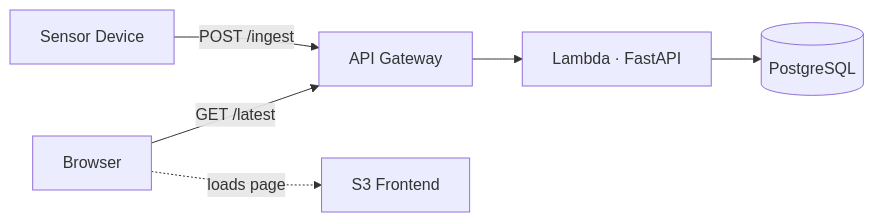
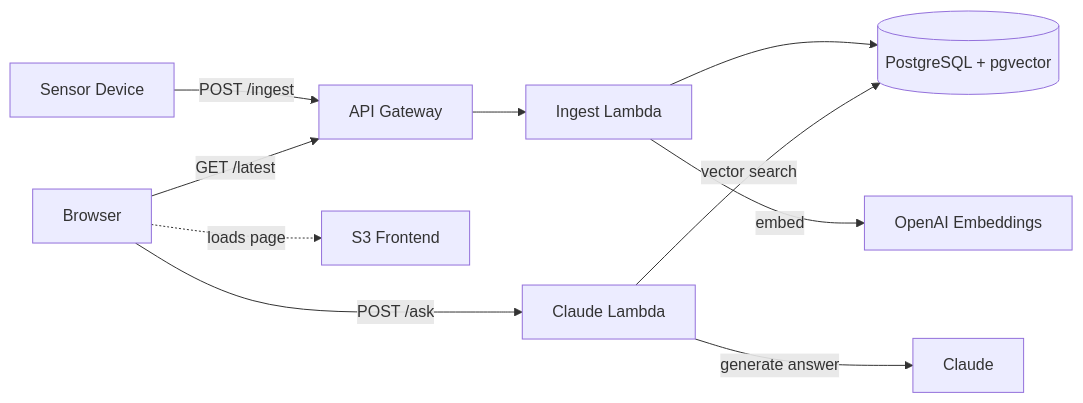
The diagram in README.md (ryandau/sense-platform), drawn with Mermaid before and after one commit. The commit also changed other lines of this file and 7 other files, not shown here.

First line of the commit message:
feat: RAG pipeline with pgvector embeddings and /ask endpoint

````diff
--- a/README.md
+++ b/README.md
@@ -11,8 +11,12 @@
 ```mermaid
 flowchart LR
   sensor[Sensor Device] -->|POST /ingest| apigw[API Gateway]
-  apigw --> lambda[Lambda · FastAPI]
-  lambda --> rds[(PostgreSQL)]
+  apigw --> ingest[Ingest Lambda]
+  ingest --> rds[(PostgreSQL + pgvector)]
+  ingest -->|embed| openai[OpenAI Embeddings]
   browser[Browser] -.->|loads page| s3[S3 Frontend]
   browser -->|GET /latest| apigw
+  browser -->|POST /ask| claude[Claude Lambda]
+  claude -->|vector search| rds
+  claude -->|generate answer| anthropic[Claude]
 ```
````
